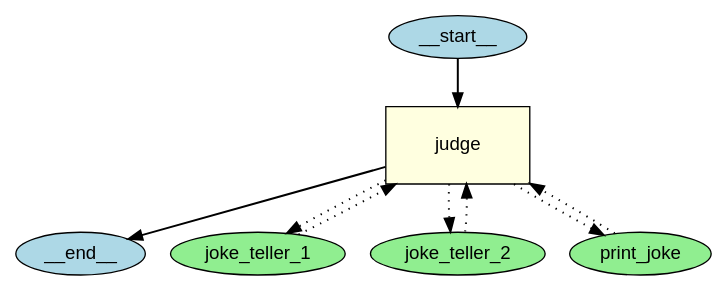
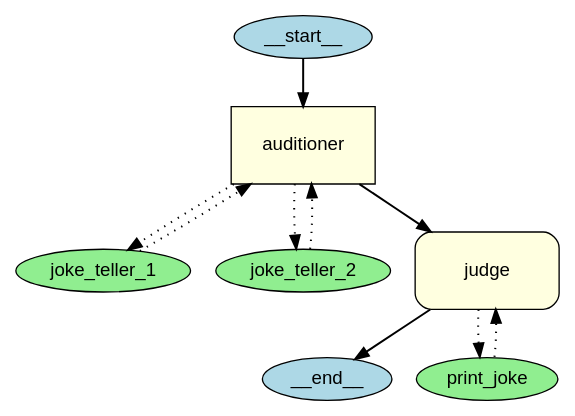
The diagram in Source.gv (rishabhToshniwal/agent-llm-orchestration), drawn with Graphviz before and after one commit. The commit also changed 4 other files, not shown here.

```diff
--- a/Source.gv
+++ b/Source.gv
@@ -1,12 +1,13 @@
 
     digraph G {
         graph [splines=true];
         node [fontname="Arial"];
         edge [penwidth=1.5];
-    "__start__" [label="__start__", shape=ellipse, style=filled, fillcolor=lightblue, width=0.5, height=0.3];"__end__" [label="__end__", shape=ellipse, style=filled, fillcolor=lightblue, width=0.5, height=0.3];"judge" [label="judge", shape=box, style=filled, fillcolor=lightyellow, width=1.5, height=0.8];"joke_teller_1" [label="joke_teller_1", shape=ellipse, style=filled, fillcolor=lightgreen, width=0.5, height=0.3];"joke_teller_2" [label="joke_teller_2", shape=ellipse, style=filled, fillcolor=lightgreen, width=0.5, height=0.3];"print_joke" [label="print_joke", shape=ellipse, style=filled, fillcolor=lightgreen, width=0.5, height=0.3];"__start__" -> "judge";
-        "judge" -> "joke_teller_1" [style=dotted, penwidth=1.5];
-        "joke_teller_1" -> "judge" [style=dotted, penwidth=1.5];
-        "judge" -> "joke_teller_2" [style=dotted, penwidth=1.5];
-        "joke_teller_2" -> "judge" [style=dotted, penwidth=1.5];
+    "__start__" [label="__start__", shape=ellipse, style=filled, fillcolor=lightblue, width=0.5, height=0.3];"__end__" [label="__end__", shape=ellipse, style=filled, fillcolor=lightblue, width=0.5, height=0.3];"auditioner" [label="auditioner", shape=box, style=filled, fillcolor=lightyellow, width=1.5, height=0.8];"joke_teller_1" [label="joke_teller_1", shape=ellipse, style=filled, fillcolor=lightgreen, width=0.5, height=0.3];"joke_teller_2" [label="joke_teller_2", shape=ellipse, style=filled, fillcolor=lightgreen, width=0.5, height=0.3];"judge" [label="judge", shape=box, style="filled,rounded", fillcolor=lightyellow, width=1.5, height=0.8];"print_joke" [label="print_joke", shape=ellipse, style=filled, fillcolor=lightgreen, width=0.5, height=0.3];"__start__" -> "auditioner";
+        "auditioner" -> "joke_teller_1" [style=dotted, penwidth=1.5];
+        "joke_teller_1" -> "auditioner" [style=dotted, penwidth=1.5];
+        "auditioner" -> "joke_teller_2" [style=dotted, penwidth=1.5];
+        "joke_teller_2" -> "auditioner" [style=dotted, penwidth=1.5];
+            "auditioner" -> "judge";
         "judge" -> "print_joke" [style=dotted, penwidth=1.5];
         "print_joke" -> "judge" [style=dotted, penwidth=1.5];"judge" -> "__end__";}
```
